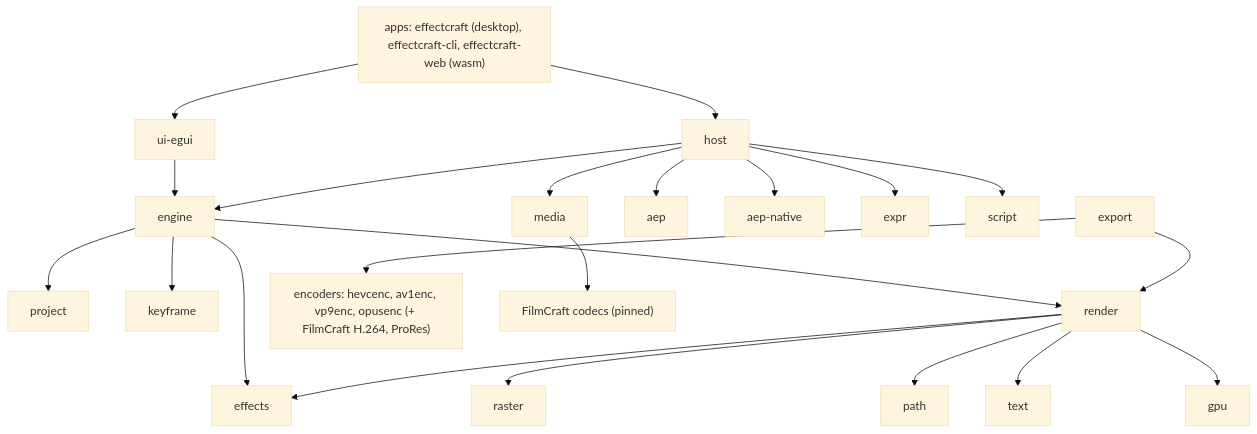
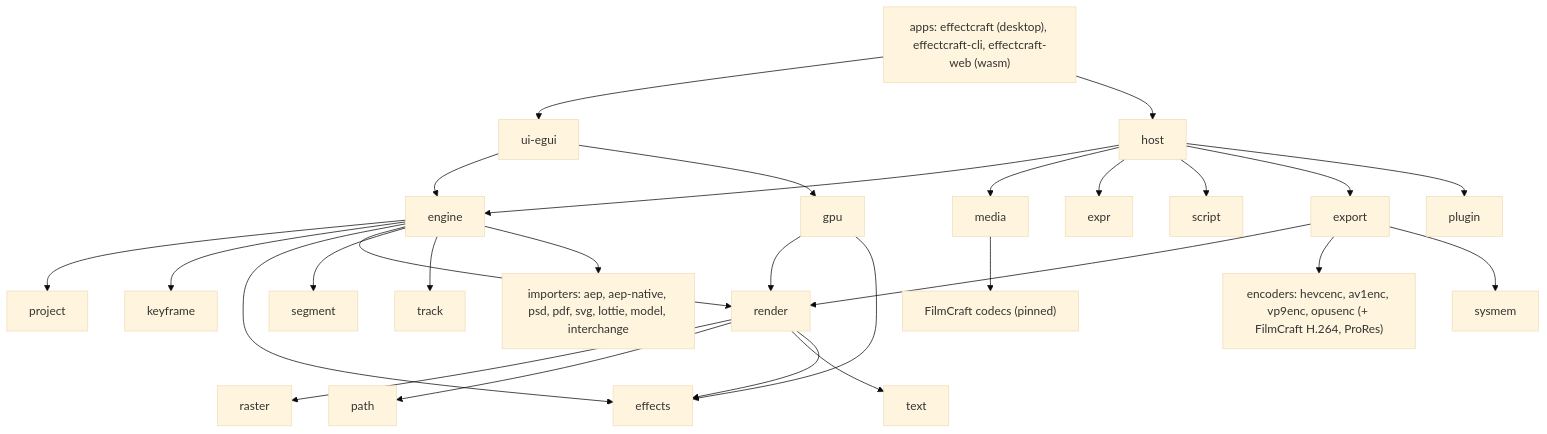
One commit to iannitram/effectcraft changed the diagram in docs/code-map.md. Above: the diagram before and after it, drawn with Mermaid (base theme). The commit also changed other lines of this file, not shown here.

````diff
--- a/docs/code-map.md
+++ b/docs/code-map.md
@@ -7,13 +11,16 @@
 ```mermaid
 flowchart TD
     apps["apps: effectcraft (desktop), effectcraft-cli, effectcraft-web (wasm)"] --> ui[ui-egui]
     apps --> host
     ui --> engine
-    host --> engine & media & aep & aepn[aep-native] & expr & script
-    engine --> project & keyframe & effects & render
+    host --> engine & media & expr & script & export & plugin
+    ui --> gpu
+    engine --> project & keyframe & effects & render & segment & track
+    engine --> import["importers: aep, aep-native, psd, pdf, svg, lottie, model, interchange"]
     render --> raster & path & text & effects
-    render --> gpu
+    gpu --> render & effects
     export --> render
     export --> enc["encoders: hevcenc, av1enc, vp9enc, opusenc (+ FilmCraft H.264, ProRes)"]
+    export --> sysmem
     media --> filmcraft["FilmCraft codecs (pinned)"]
 ```
````
